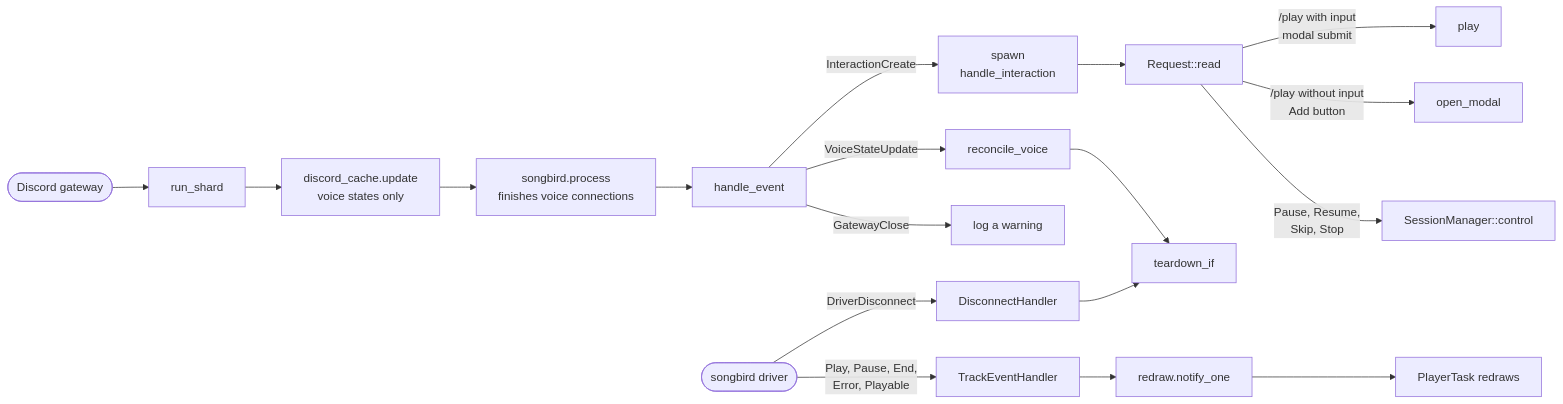
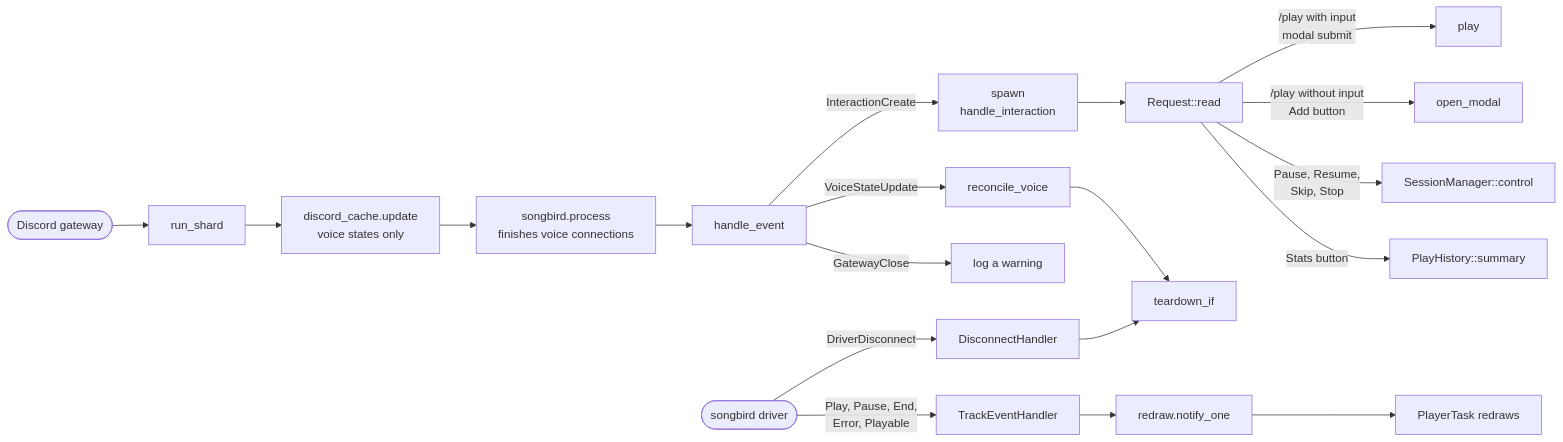
One commit to jessedezwart/Slap changed the fifth of 11 diagrams in docs/architecture.md. Above: the diagram before and after it, drawn with Mermaid. The commit also changed other lines of this file and 17 other files, not shown here.

Commit message:
feat(stats): implement all-time play statistics tracking and display in Discord

````diff
--- a/docs/architecture.md
+++ b/docs/architecture.md
@@ -119,23 +122,24 @@
 ```mermaid
 flowchart LR
     discord(["Discord gateway"]) --> shard["run_shard"]
     shard --> cache["discord_cache.update<br/>voice states only"]
     cache --> process["songbird.process<br/>finishes voice connections"]
     process --> handle["handle_event"]
 
     handle -->|InteractionCreate| spawn["spawn<br/>handle_interaction"]
     handle -->|VoiceStateUpdate| reconcile["reconcile_voice"]
     handle -->|GatewayClose| log["log a warning"]
 
     spawn --> read["Request::read"]
     read -->|"/play with input<br/>modal submit"| play["play"]
     read -->|"/play without input<br/>Add button"| modal["open_modal"]
     read -->|"Pause, Resume,<br/>Skip, Stop"| control["SessionManager::control"]
+    read -->|"Stats button"| stats["PlayHistory::summary"]
     reconcile --> teardownif["teardown_if"]
 
     driver(["songbird driver"]) -->|DriverDisconnect| disconnect["DisconnectHandler"]
     driver -->|"Play, Pause, End,<br/>Error, Playable"| track["TrackEventHandler"]
     disconnect --> teardownif
     track --> redraw["redraw.notify_one"]
     redraw --> ptask["PlayerTask redraws"]
 ```
````
